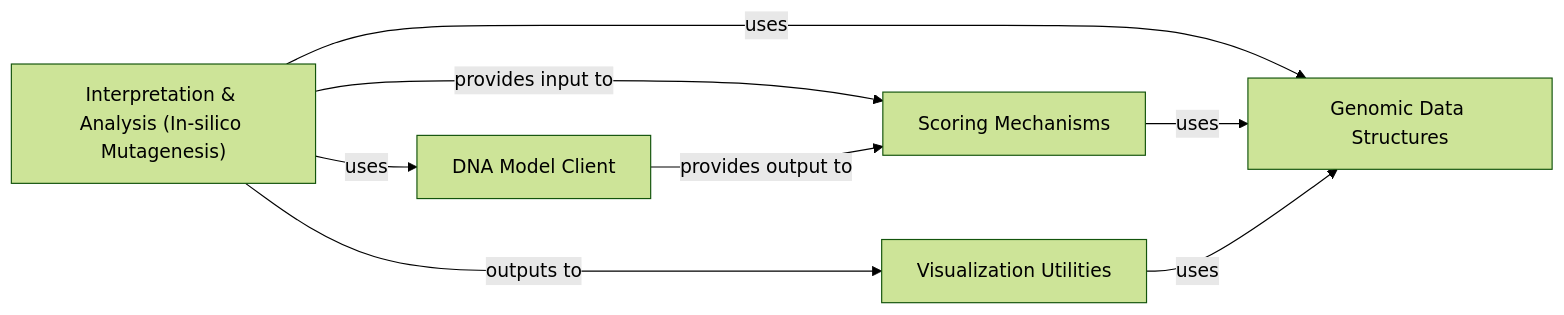
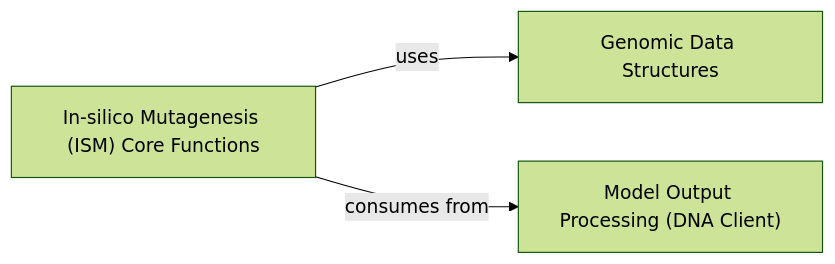
Before and after one commit to CodeBoarding/GeneratedOnBoardings: the diagram in alphagenome/Interpretation_Analysis.md, drawn with Mermaid (forest theme). The commit also changed other lines of this file and 8 other files, not shown here.

````diff
--- a/alphagenome/Interpretation_Analysis.md
+++ b/alphagenome/Interpretation_Analysis.md
@@ -1,15 +1,8 @@
 ```mermaid
 graph LR
-    Interpretation_Analysis_In_silico_Mutagenesis_["Interpretation & Analysis (In-silico Mutagenesis)"]
+    In_silico_Mutagenesis_ISM_Core_Functions["In-silico Mutagenesis (ISM) Core Functions"]
     Genomic_Data_Structures["Genomic Data Structures"]
-    DNA_Model_Client["DNA Model Client"]
-    Scoring_Mechanisms["Scoring Mechanisms"]
-    Visualization_Utilities["Visualization Utilities"]
-    Interpretation_Analysis_In_silico_Mutagenesis_ -- "uses" --> Genomic_Data_Structures
-    Interpretation_Analysis_In_silico_Mutagenesis_ -- "uses" --> DNA_Model_Client
-    Interpretation_Analysis_In_silico_Mutagenesis_ -- "provides input to" --> Scoring_Mechanisms
-    Interpretation_Analysis_In_silico_Mutagenesis_ -- "outputs to" --> Visualization_Utilities
-    Scoring_Mechanisms -- "uses" --> Genomic_Data_Structures
-    Visualization_Utilities -- "uses" --> Genomic_Data_Structures
-    DNA_Model_Client -- "provides output to" --> Scoring_Mechanisms
+    Model_Output_Processing_DNA_Client_["Model Output Processing (DNA Client)"]
+    In_silico_Mutagenesis_ISM_Core_Functions -- "uses" --> Genomic_Data_Structures
+    In_silico_Mutagenesis_ISM_Core_Functions -- "consumes from" --> Model_Output_Processing_DNA_Client_
 ```
````
